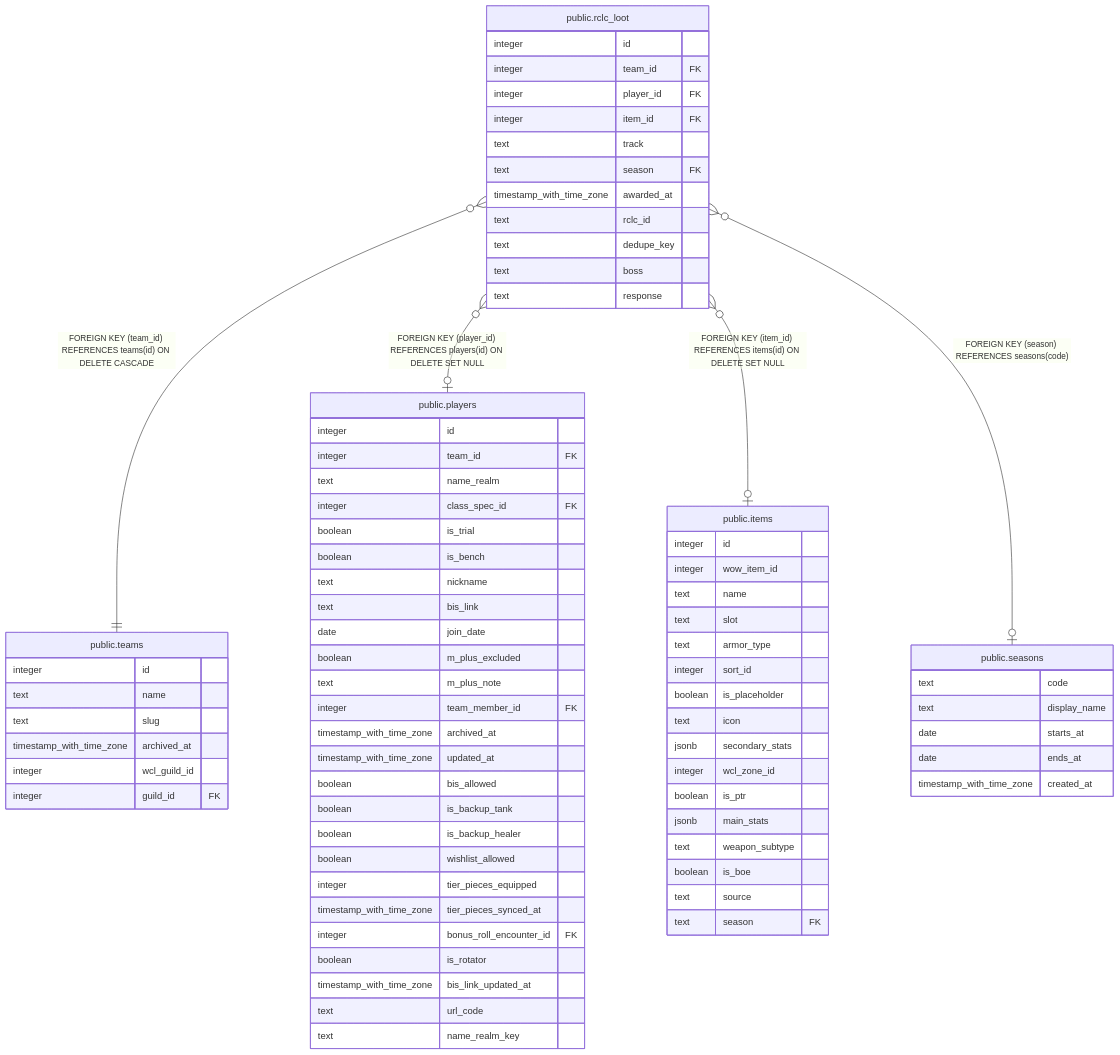
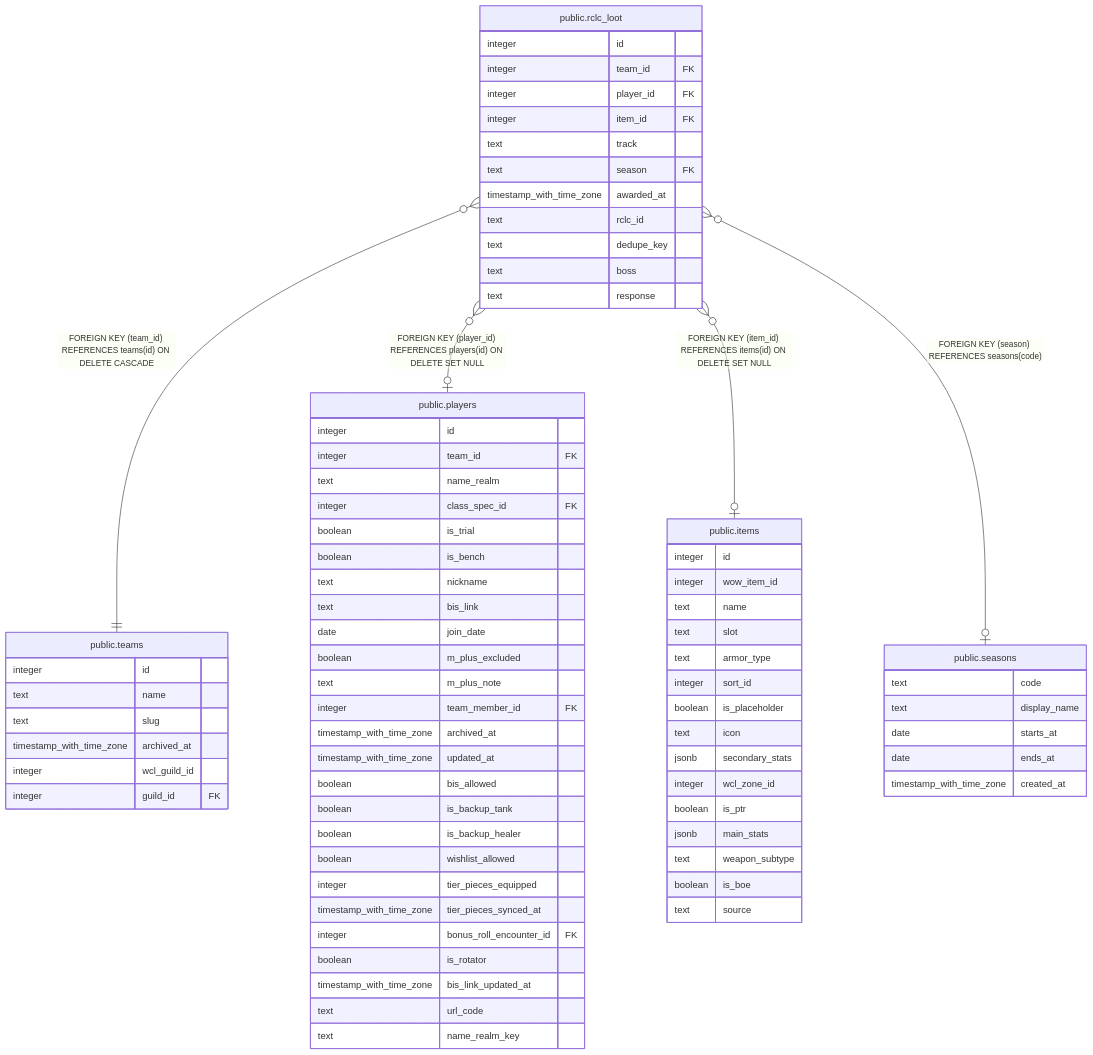
One commit to katogaming88/WGA-Raid-Hub changed the diagram in dbdoc/public.rclc_loot.md. Above: the diagram before and after it, drawn with Mermaid. The commit also changed 29 other files, not shown here.

````diff
--- a/dbdoc/public.rclc_loot.md
+++ b/dbdoc/public.rclc_loot.md
@@ -46,82 +46,81 @@
 ```mermaid
 erDiagram
 
 "public.rclc_loot" }o--|| "public.teams" : "FOREIGN KEY (team_id) REFERENCES teams(id) ON DELETE CASCADE"
 "public.rclc_loot" }o--o| "public.players" : "FOREIGN KEY (player_id) REFERENCES players(id) ON DELETE SET NULL"
 "public.rclc_loot" }o--o| "public.items" : "FOREIGN KEY (item_id) REFERENCES items(id) ON DELETE SET NULL"
 "public.rclc_loot" }o--o| "public.seasons" : "FOREIGN KEY (season) REFERENCES seasons(code)"
 
 "public.rclc_loot" {
   integer id
   integer team_id FK
   integer player_id FK
   integer item_id FK
   text track
   text season FK
   timestamp_with_time_zone awarded_at
   text rclc_id
   text dedupe_key
   text boss
   text response
 }
 "public.teams" {
   integer id
   text name
   text slug
   timestamp_with_time_zone archived_at
   integer wcl_guild_id
   integer guild_id FK
 }
 "public.players" {
   integer id
   integer team_id FK
   text name_realm
   integer class_spec_id FK
   boolean is_trial
   boolean is_bench
   text nickname
   text bis_link
   date join_date
   boolean m_plus_excluded
   text m_plus_note
   integer team_member_id FK
   timestamp_with_time_zone archived_at
   timestamp_with_time_zone updated_at
   boolean bis_allowed
   boolean is_backup_tank
   boolean is_backup_healer
   boolean wishlist_allowed
   integer tier_pieces_equipped
   timestamp_with_time_zone tier_pieces_synced_at
   integer bonus_roll_encounter_id FK
   boolean is_rotator
   timestamp_with_time_zone bis_link_updated_at
   text url_code
   text name_realm_key
 }
 "public.items" {
   integer id
   integer wow_item_id
   text name
   text slot
   text armor_type
   integer sort_id
   boolean is_placeholder
   text icon
   jsonb secondary_stats
   integer wcl_zone_id
   boolean is_ptr
   jsonb main_stats
   text weapon_subtype
   boolean is_boe
   text source
-  text season FK
 }
 "public.seasons" {
   text code
   text display_name
   date starts_at
   date ends_at
   timestamp_with_time_zone created_at
 }
 ```
````
